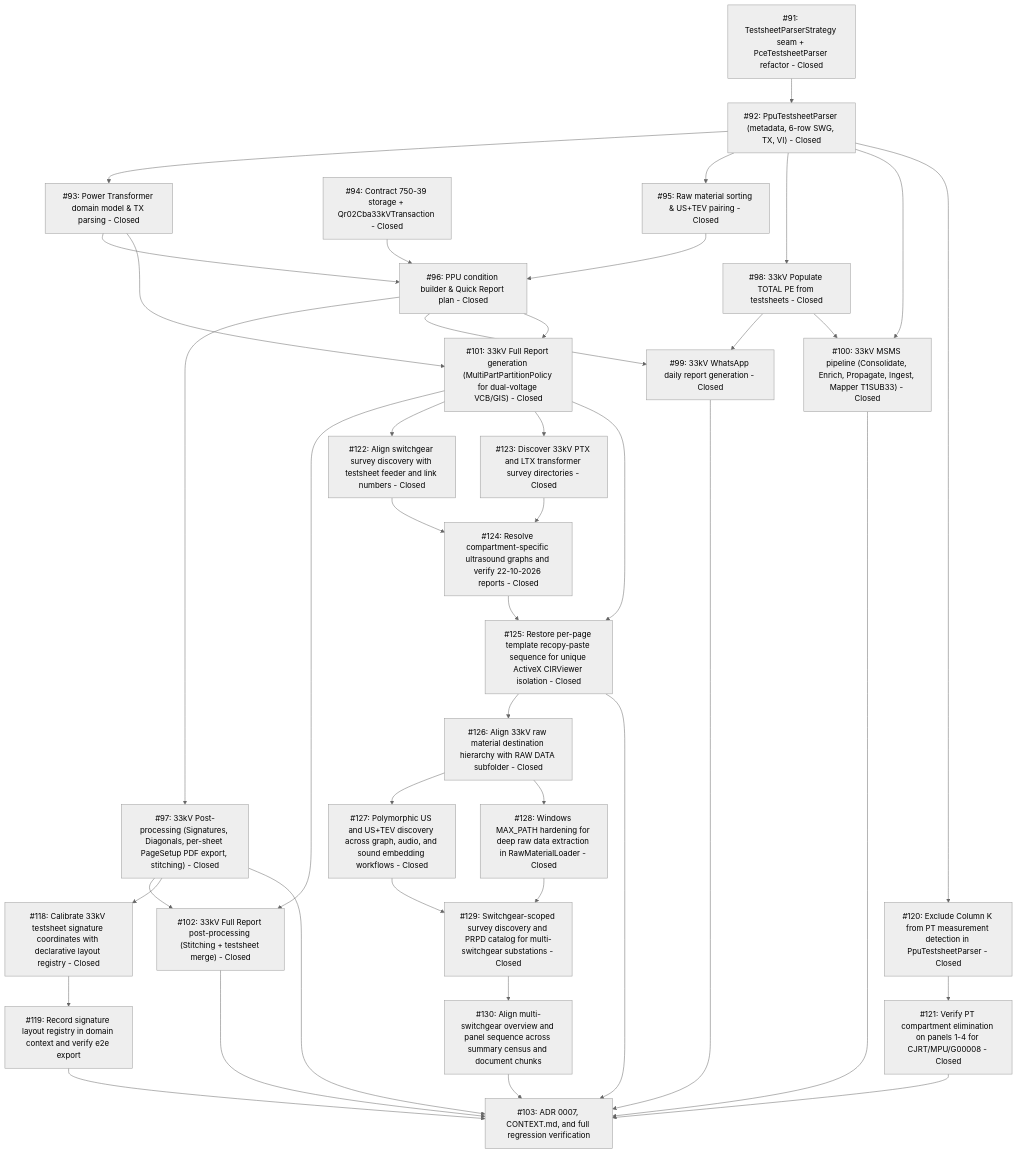
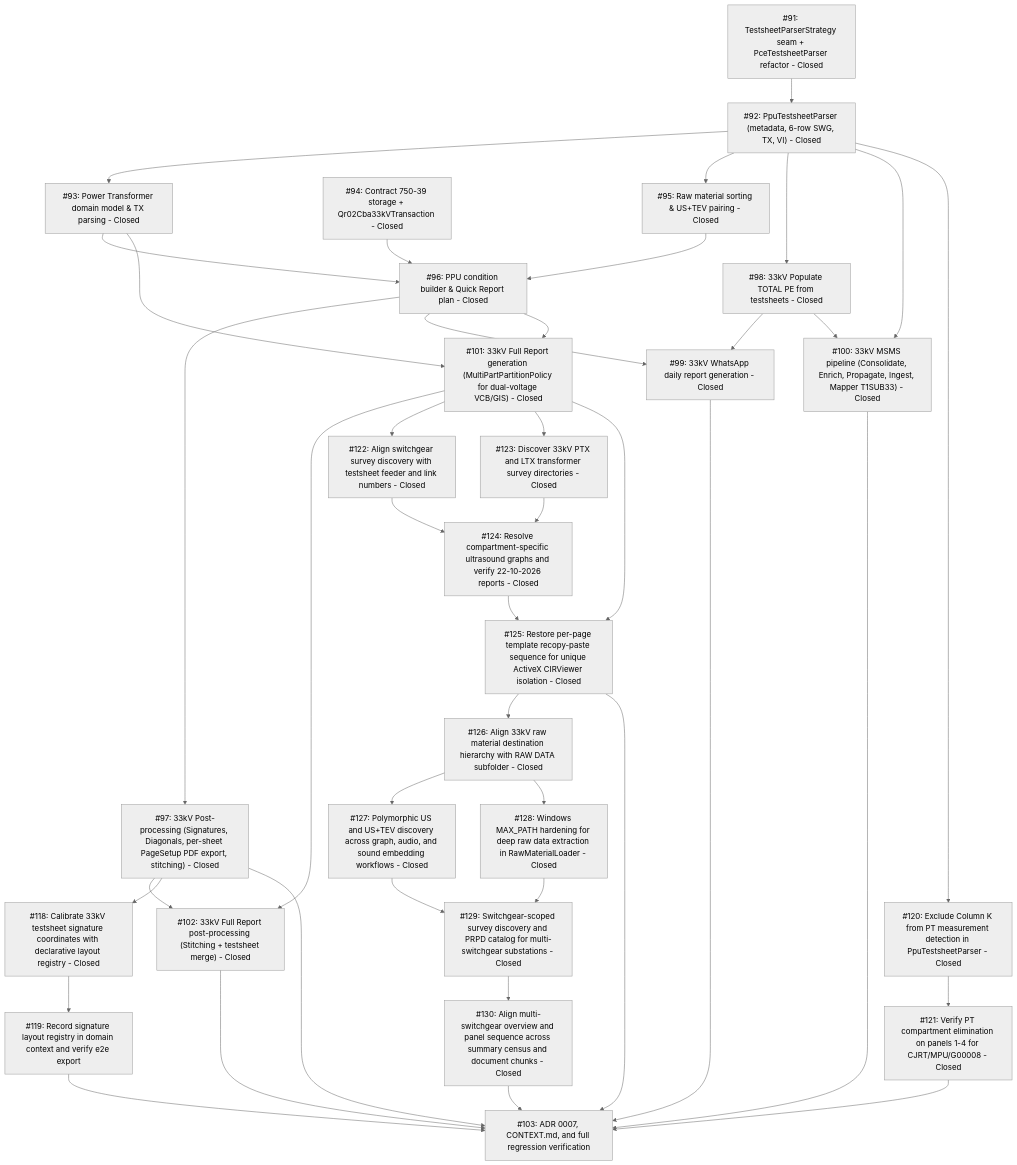
The diagram in .wayfinder/33kv-system-workflow/map.md (adamlarGit/pahang-cli), drawn with Mermaid (neutral theme) before and after one commit. The commit also changed other lines of this file and 7 other files, not shown here.

First line of the commit message:
feat(full-report): align multi-switchgear sequence

````diff
--- a/.wayfinder/33kv-system-workflow/map.md
+++ b/.wayfinder/33kv-system-workflow/map.md
@@ -55,70 +55,70 @@
 ```mermaid
 graph TD
     T91["#91: TestsheetParserStrategy seam + PceTestsheetParser refactor - Closed"]
     T92["#92: PpuTestsheetParser (metadata, 6-row SWG, TX, VI) - Closed"]
     T93["#93: Power Transformer domain model & TX parsing - Closed"]
     T94["#94: Contract 750-39 storage + Qr02Cba33kVTransaction - Closed"]
     T95["#95: Raw material sorting & US+TEV pairing - Closed"]
     T96["#96: PPU condition builder & Quick Report plan - Closed"]
     T97["#97: 33kV Post-processing (Signatures, Diagonals, per-sheet PageSetup PDF export, stitching) - Closed"]
     T98["#98: 33kV Populate TOTAL PE from testsheets - Closed"]
     T99["#99: 33kV WhatsApp daily report generation - Closed"]
     T100["#100: 33kV MSMS pipeline (Consolidate, Enrich, Propagate, Ingest, Mapper T1SUB33) - Closed"]
     T101["#101: 33kV Full Report generation (MultiPartPartitionPolicy for dual-voltage VCB/GIS) - Closed"]
     T102["#102: 33kV Full Report post-processing (Stitching + testsheet merge) - Closed"]
     T118["#118: Calibrate 33kV testsheet signature coordinates with declarative layout registry - Closed"]
     T119["#119: Record signature layout registry in domain context and verify e2e export"]
     T120["#120: Exclude Column K from PT measurement detection in PpuTestsheetParser - Closed"]
     T121["#121: Verify PT compartment elimination on panels 1-4 for CJRT/MPU/G00008 - Closed"]
     T122["#122: Align switchgear survey discovery with testsheet feeder and link numbers - Closed"]
     T123["#123: Discover 33kV PTX and LTX transformer survey directories - Closed"]
     T124["#124: Resolve compartment-specific ultrasound graphs and verify 22-10-2026 reports - Closed"]
     T125["#125: Restore per-page template recopy-paste sequence for unique ActiveX CIRViewer isolation - Closed"]
     T126["#126: Align 33kV raw material destination hierarchy with RAW DATA subfolder - Closed"]
     T127["#127: Polymorphic US and US+TEV discovery across graph, audio, and sound embedding workflows - Closed"]
     T128["#128: Windows MAX_PATH hardening for deep raw data extraction in RawMaterialLoader - Closed"]
     T129["#129: Switchgear-scoped survey discovery and PRPD catalog for multi-switchgear substations - Closed"]
-    T130["#130: Align multi-switchgear overview and panel sequence across summary census and document chunks"]
+    T130["#130: Align multi-switchgear overview and panel sequence across summary census and document chunks - Closed"]
     T103["#103: ADR 0007, CONTEXT.md, and full regression verification"]
 
     T91 --> T92
     T92 --> T93
     T92 --> T95
     T92 --> T98
     T94 --> T96
     T93 --> T96
     T95 --> T96
     T96 --> T97
     T96 --> T99
     T98 --> T99
     T98 --> T100
     T92 --> T100
     T93 --> T101
     T96 --> T101
     T97 --> T102
     T101 --> T102
     T97 --> T118
     T118 --> T119
     T119 --> T103
     T92 --> T120
     T120 --> T121
     T121 --> T103
     T101 --> T122
     T101 --> T123
     T122 --> T124
     T123 --> T124
     T124 --> T125
     T125 --> T126
     T126 --> T127
     T126 --> T128
     T127 --> T129
     T128 --> T129
     T129 --> T130
     T130 --> T103
     T101 --> T125
     T125 --> T103
     T97 --> T103
     T99 --> T103
     T100 --> T103
     T102 --> T103
 ```
````
